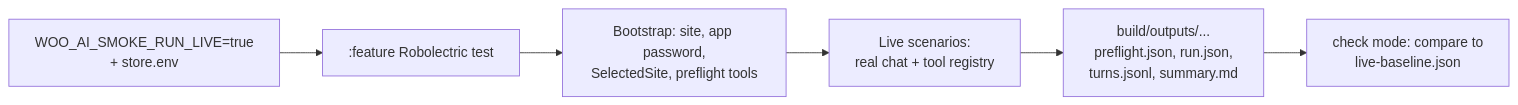
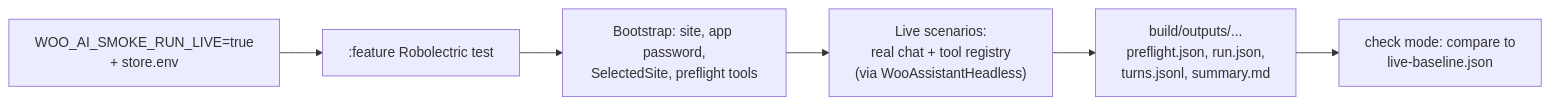
Before and after one commit to woocommerce/woocommerce-android: the diagram in libs/ai-assistant/docs/woo-ai-smoke-architecture.md, drawn with Mermaid. The commit also changed other lines of this file and 2 other files, not shown here.

Commit message:
Document Woo AI smoke harness levels and shared loop harness

````diff
--- a/libs/ai-assistant/docs/woo-ai-smoke-architecture.md
+++ b/libs/ai-assistant/docs/woo-ai-smoke-architecture.md
@@ -24,8 +53,8 @@
 ```mermaid
 flowchart LR
     Env["WOO_AI_SMOKE_RUN_LIVE=true\n+ store.env"] --> Test[":feature Robolectric test"]
     Test --> Boot["Bootstrap: site, app password,\nSelectedSite, preflight tools"]
-    Boot --> Scen["Live scenarios:\nreal chat + tool registry"]
+    Boot --> Scen["Live scenarios:\nreal chat + tool registry\n(via WooAssistantHeadless)"]
     Scen --> Out["build/outputs/...\npreflight.json, run.json,\nturns.jsonl, summary.md"]
     Out --> Cmp["check mode: compare to\nlive-baseline.json"]
 ```
````
